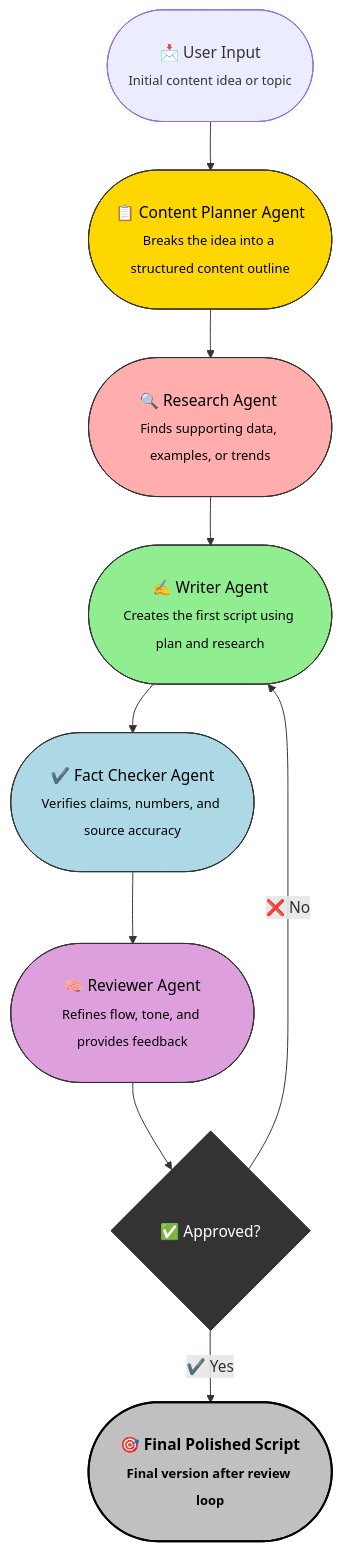
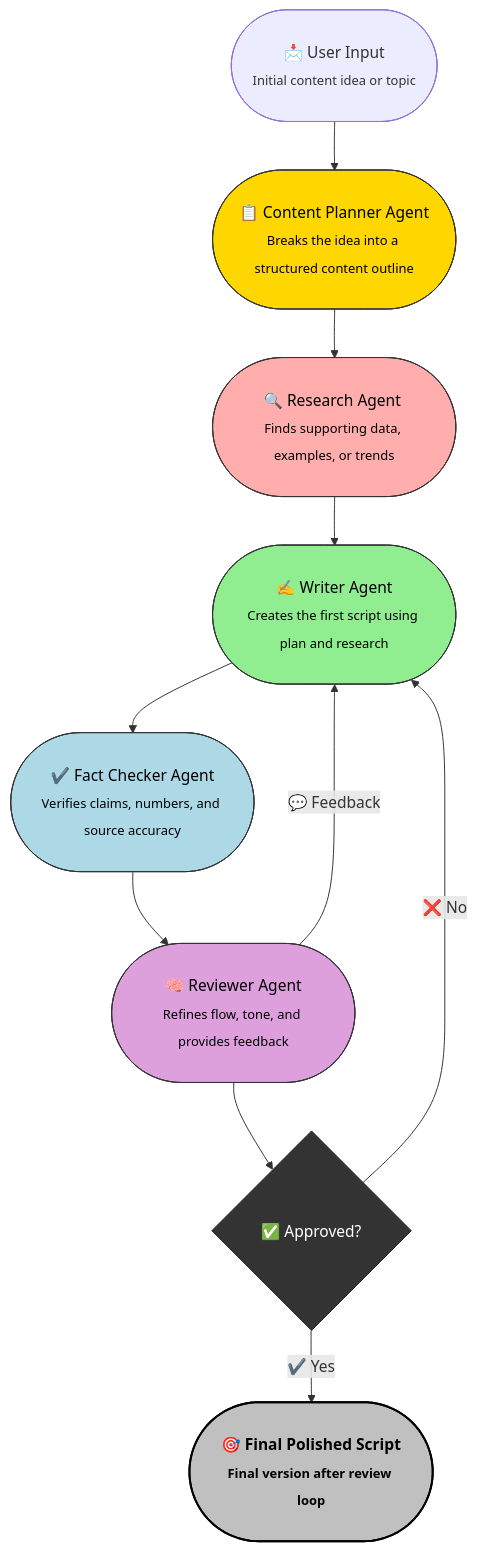
Before and after one commit to Shubham-vish/prepwithai_tutorials: the diagram in Agents/planner_agents.md, drawn with Mermaid.

Commit message:
bug fix in diagram

````diff
--- a/Agents/planner_agents.md
+++ b/Agents/planner_agents.md
@@ -37,28 +37,30 @@
 ```mermaid
 flowchart TD
     %% Style Definitions
     classDef planner fill:#FFD700,stroke:#333,stroke-width:1px,color:#000;
     classDef research fill:#FFADAD,stroke:#333,stroke-width:1px,color:#000;
     classDef writer fill:#90EE90,stroke:#333,stroke-width:1px,color:#000;
     classDef checker fill:#ADD8E6,stroke:#333,stroke-width:1px,color:#000;
     classDef reviewer fill:#DDA0DD,stroke:#333,stroke-width:1px,color:#000;
     classDef final fill:#C0C0C0,stroke:#000,stroke-width:2px,color:#000,font-weight:bold;
     classDef decision fill:#333,stroke:#222,color:#fff;
 
     %% Main Nodes
     A(["<br>📩 User Input<br><sub>Initial content idea or topic</sub><br>&nbsp;"])
     B(["<br>📋 Content Planner Agent<br><sub>Breaks the idea into a structured content outline</sub><br>&nbsp;"]):::planner
     C(["<br>🔍 Research Agent <br><sub>Finds supporting data, examples, or trends</sub><br>&nbsp;"]):::research
     D(["<br>✍️ Writer Agent<br><sub>Creates the first script using plan and research</sub><br>&nbsp;"]):::writer
     E(["<br>✔️ Fact Checker Agent<br><sub>Verifies claims, numbers, and source accuracy</sub><br>&nbsp;"]):::checker
     F(["<br>🧠 Reviewer Agent<br><sub>Refines flow, tone, and provides feedback</sub><br>&nbsp;"]):::reviewer
     G{<br>✅ Approved?<br>&nbsp;}:::decision
     H(["<br>🎯 Final Polished Script<br><sub>Final version after review loop</sub><br>&nbsp;"]):::final
 
     %% Flow Logic
     A --> B --> C --> D --> E --> F
     F --> G
     G -- ❌ No --> D
     G -- ✔️ Yes --> H
+    F -->|💬 Feedback| D
+
 
 ```
````
